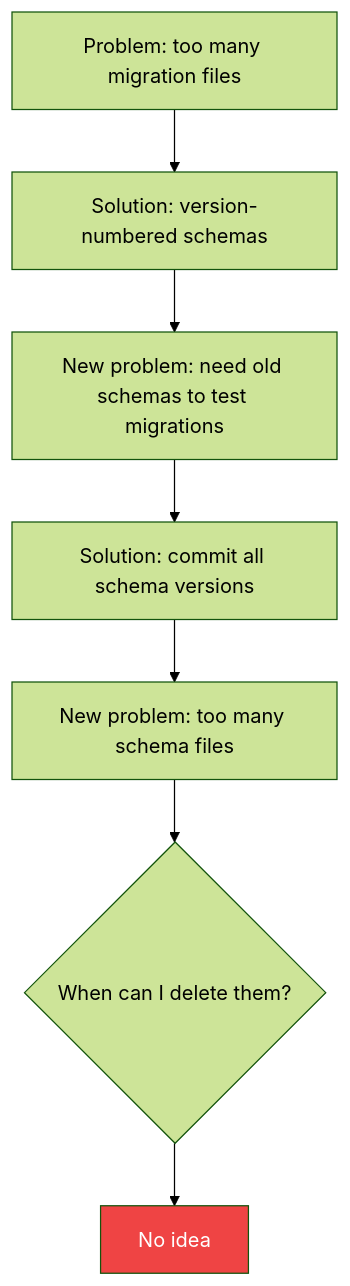
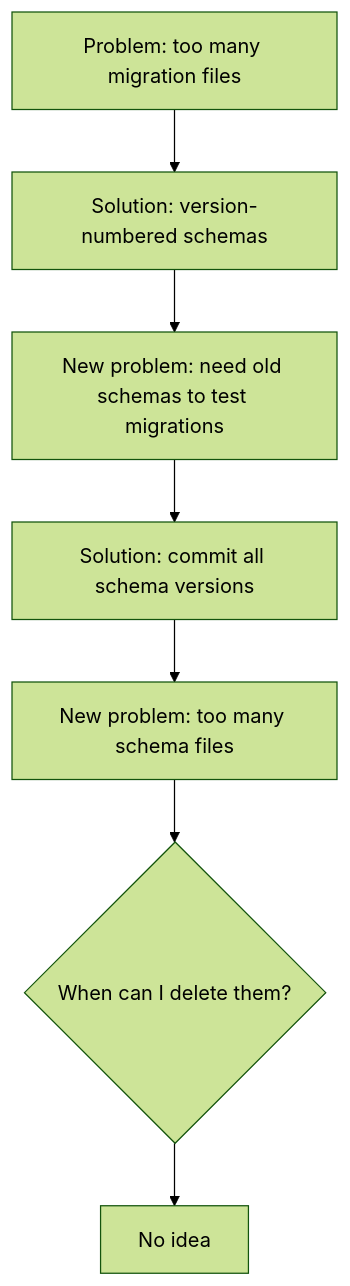
Before and after one commit to Almaju/blog: the second of 6 diagrams in content/docs/infrastructure/1-migrations.mdx, drawn with Mermaid (forest theme). The commit also changed other lines of this file, not shown here.

````diff
--- a/content/docs/infrastructure/1-migrations.mdx
+++ b/content/docs/infrastructure/1-migrations.mdx
@@ -90,11 +90,11 @@
 ```mermaid
 graph TD
     A[Problem: too many migration files] --> B[Solution: version-numbered schemas]
     B --> C[New problem: need old schemas to test migrations]
     C --> D[Solution: commit all schema versions]
     D --> E[New problem: too many schema files]
     E --> F{When can I delete them?}
     F --> G[No idea]
 
-    style G fill:#ef4444,color:#fff
+    class G red
 ```
````
